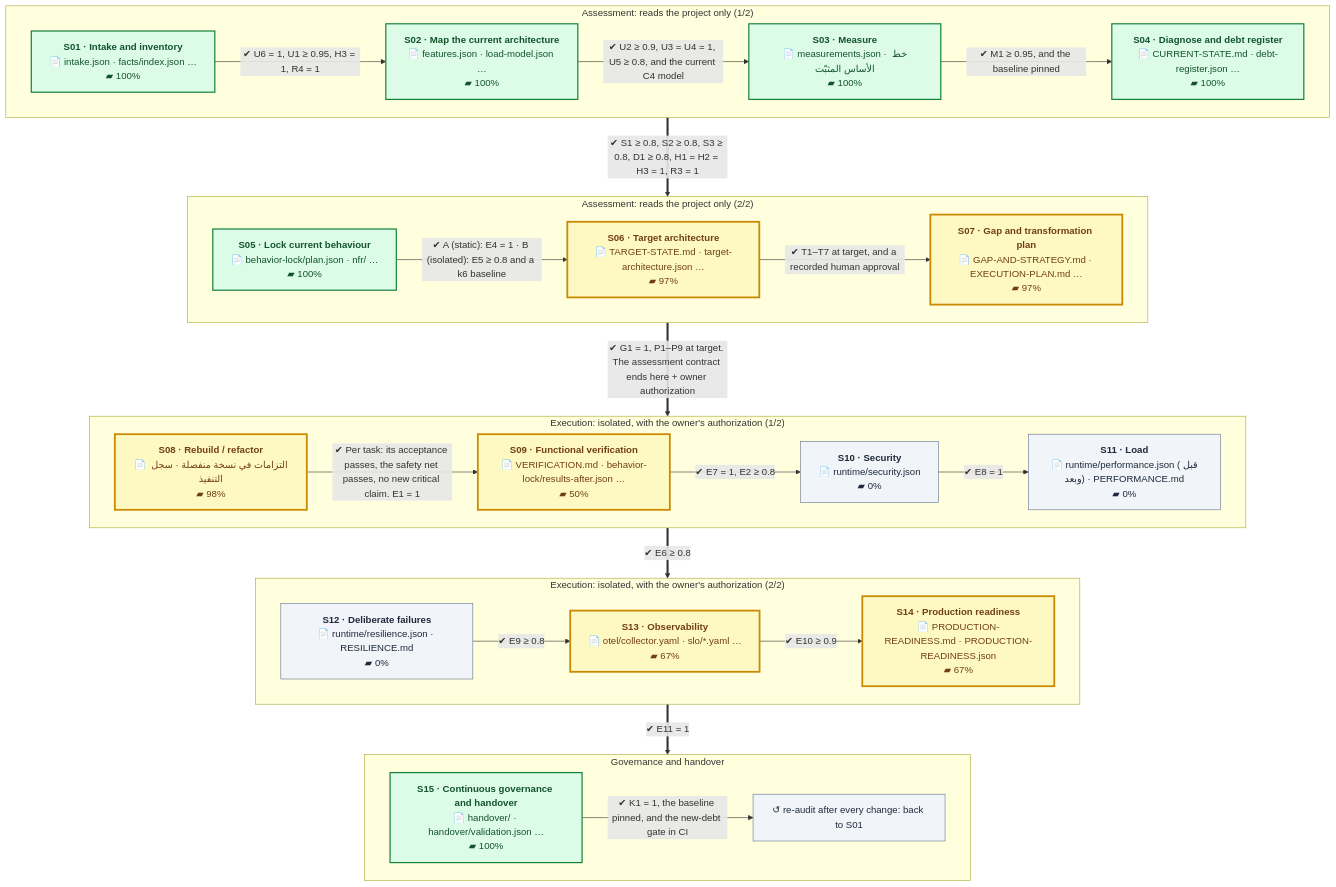
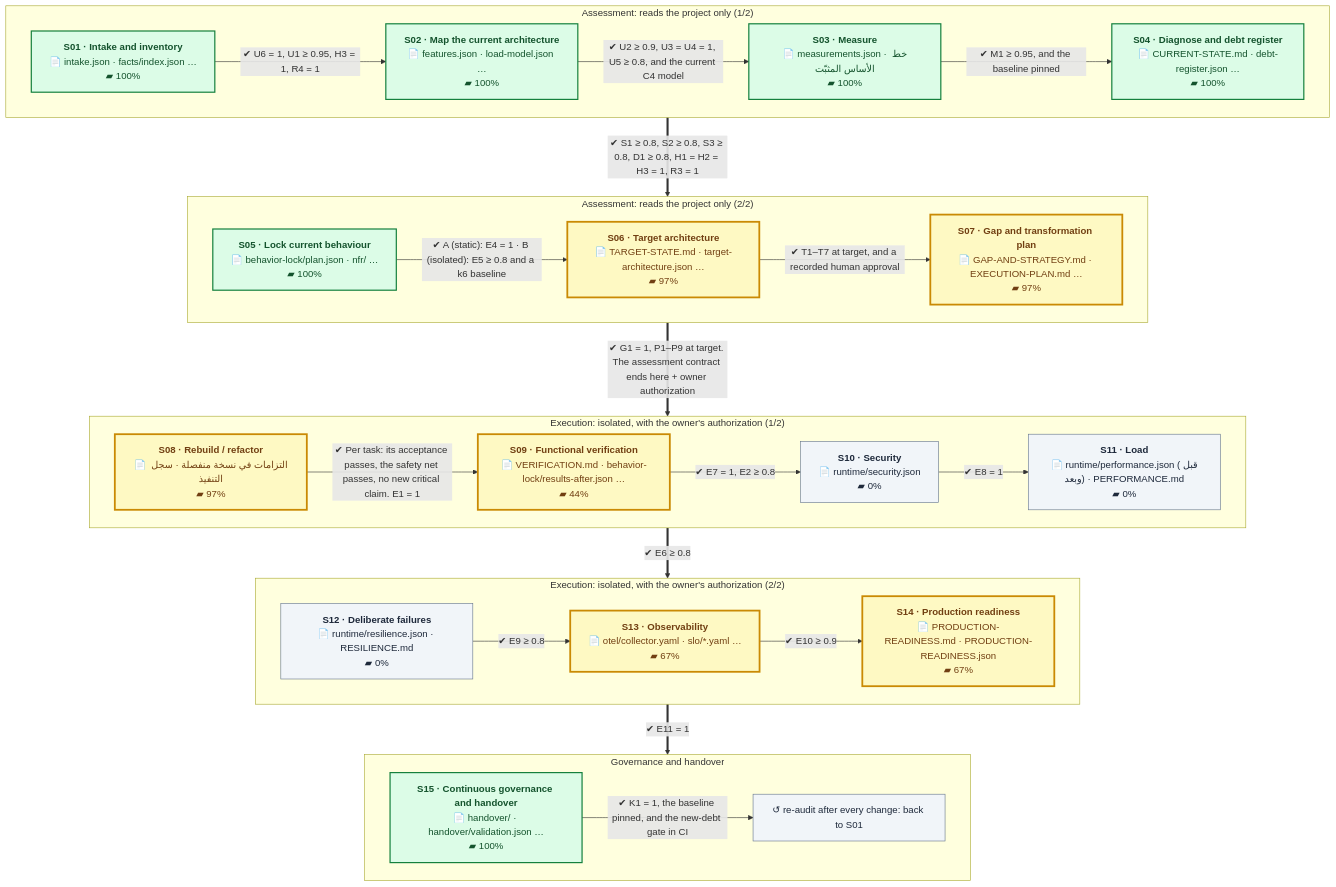
One commit to eom1417/engineering-audit-os changed the first of 2 diagrams in README.en.md. Above: the diagram before and after it, drawn with Mermaid. The commit also changed other lines of this file and 23 other files, not shown here.

````diff
--- a/README.en.md
+++ b/README.en.md
@@ -52,54 +52,54 @@
 ```mermaid
 %%{init: {'flowchart': {'wrappingWidth': 260, 'nodeSpacing': 40, 'rankSpacing': 60}}}%%
 flowchart TB
     subgraph P1["Assessment: reads the project only (1/2)"]
         direction LR
         S01["<b>S01 · Intake and inventory</b><br/>📄 intake.json · facts/index.json …<br/>▰ 100%"]:::done
         S02["<b>S02 · Map the current architecture</b><br/>📄 features.json · load-model.json …<br/>▰ 100%"]:::done
         S03["<b>S03 · Measure</b><br/>📄 measurements.json · خط الأساس المثبّت<br/>▰ 100%"]:::done
         S04["<b>S04 · Diagnose and debt register</b><br/>📄 CURRENT-STATE.md · debt-register.json …<br/>▰ 100%"]:::done
         S01 -->|"✔ U6 = 1, U1 ≥ 0.95, H3 = 1, R4 = 1"| S02
         S02 -->|"✔ U2 ≥ 0.9, U3 = U4 = 1, U5 ≥ 0.8, and the current C4 model"| S03
         S03 -->|"✔ M1 ≥ 0.95, and the baseline pinned"| S04
     end
     subgraph P2["Assessment: reads the project only (2/2)"]
         direction LR
         S05["<b>S05 · Lock current behaviour</b><br/>📄 behavior-lock/plan.json · nfr/ …<br/>▰ 100%"]:::done
         S06["<b>S06 · Target architecture</b><br/>📄 TARGET-STATE.md · target-architecture.json …<br/>▰ 97%"]:::current
         S07["<b>S07 · Gap and transformation plan</b><br/>📄 GAP-AND-STRATEGY.md · EXECUTION-PLAN.md …<br/>▰ 97%"]:::current
         S05 -->|"✔ A (static): E4 = 1 · B (isolated): E5 ≥ 0.8 and a k6 baseline"| S06
         S06 -->|"✔ T1–T7 at target, and a recorded human approval"| S07
     end
     subgraph P3["Execution: isolated, with the owner's authorization (1/2)"]
         direction LR
-        S08["<b>S08 · Rebuild / refactor</b><br/>📄 التزامات في نسخة منفصلة · سجل التنفيذ<br/>▰ 98%"]:::current
-        S09["<b>S09 · Functional verification</b><br/>📄 VERIFICATION.md · behavior-lock/results-after.json …<br/>▰ 50%"]:::current
+        S08["<b>S08 · Rebuild / refactor</b><br/>📄 التزامات في نسخة منفصلة · سجل التنفيذ<br/>▰ 97%"]:::current
+        S09["<b>S09 · Functional verification</b><br/>📄 VERIFICATION.md · behavior-lock/results-after.json …<br/>▰ 44%"]:::current
         S10["<b>S10 · Security</b><br/>📄 runtime/security.json<br/>▰ 0%"]:::next
         S11["<b>S11 · Load</b><br/>📄 runtime/performance.json (قبل وبعد) · PERFORMANCE.md<br/>▰ 0%"]:::next
         S08 -->|"✔ Per task: its acceptance passes, the safety net passes, no new critical claim. E1 = 1"| S09
         S09 -->|"✔ E7 = 1, E2 ≥ 0.8"| S10
         S10 -->|"✔ E8 = 1"| S11
     end
     subgraph P4["Execution: isolated, with the owner's authorization (2/2)"]
         direction LR
         S12["<b>S12 · Deliberate failures</b><br/>📄 runtime/resilience.json · RESILIENCE.md<br/>▰ 0%"]:::next
         S13["<b>S13 · Observability</b><br/>📄 otel/collector.yaml · slo/*.yaml …<br/>▰ 67%"]:::current
         S14["<b>S14 · Production readiness</b><br/>📄 PRODUCTION-READINESS.md · PRODUCTION-READINESS.json<br/>▰ 67%"]:::current
         S12 -->|"✔ E9 ≥ 0.8"| S13
         S13 -->|"✔ E10 ≥ 0.9"| S14
     end
     subgraph P5["Governance and handover"]
         direction LR
         S15["<b>S15 · Continuous governance and handover</b><br/>📄 handover/ · handover/validation.json …<br/>▰ 100%"]:::done
         LOOP["↺ re-audit after every change: back to S01"]:::next
         S15 -->|"✔ K1 = 1, the baseline pinned, and the new-debt gate in CI"| LOOP
     end
     P1 ==>|"✔ S1 ≥ 0.8, S2 ≥ 0.8, S3 ≥ 0.8, D1 ≥ 0.8, H1 = H2 = H3 = 1, R3 = 1"| P2
     P2 ==>|"✔ G1 = 1, P1–P9 at target. The assessment contract ends here + owner authorization"| P3
     P3 ==>|"✔ E6 ≥ 0.8"| P4
     P4 ==>|"✔ E11 = 1"| P5
     classDef done fill:#dcfce7,stroke:#15803d,color:#14532d,stroke-width:2px
     classDef current fill:#fef9c3,stroke:#ca8a04,color:#713f12,stroke-width:3px
     classDef next fill:#f1f5f9,stroke:#64748b,color:#1e293b
     classDef owner fill:#fee2e2,stroke:#b91c1c,color:#7f1d1d,stroke-dasharray:5 3
 ```
````
